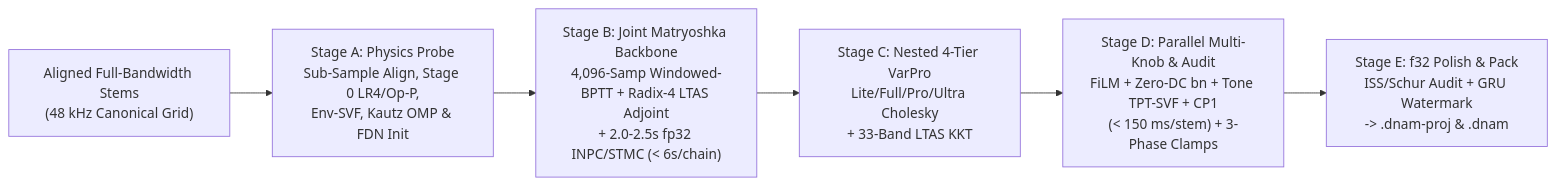
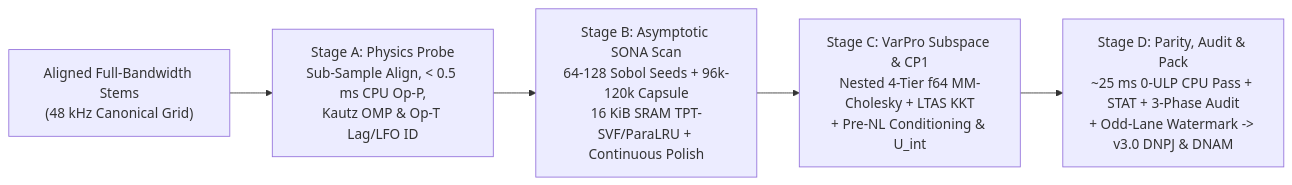
Before and after one commit to mokugen/dnam: the first of 2 diagrams in docs/specs/training/four_stage_pipeline.md, drawn with Mermaid. The commit also changed other lines of this file and 99 other files, not shown here.

Commit message:
docs(specs): cut over canonical architecture and v3.0 specs to SONA + WebGPU

````diff
--- a/docs/specs/training/four_stage_pipeline.md
+++ b/docs/specs/training/four_stage_pipeline.md
@@ -35,8 +36,7 @@
 ```mermaid
 flowchart LR
-    Stems["Aligned Full-Bandwidth Stems<br/>(48 kHz Canonical Grid)"] --> SA["Stage A: Physics Probe<br/>Sub-Sample Align, Stage 0 LR4/Op-P,<br/>Env-SVF, Kautz OMP & FDN Init"]
-    SA --> SB["Stage B: Joint Matryoshka Backbone<br/>4,096-Samp Windowed-BPTT + Radix-4 LTAS Adjoint<br/>+ 2.0-2.5s fp32 INPC/STMC (< 6s/chain)"]
-    SB --> SC["Stage C: Nested 4-Tier VarPro<br/>Lite/Full/Pro/Ultra Cholesky<br/>+ 33-Band LTAS KKT"]
-    SC --> SD["Stage D: Parallel Multi-Knob & Audit<br/>FiLM + Zero-DC bn + Tone TPT-SVF + CP1<br/>(< 150 ms/stem) + 3-Phase Clamps"]
-    SD --> SE["Stage E: f32 Polish & Pack<br/>ISS/Schur Audit + GRU Watermark<br/>-> .dnam-proj & .dnam"]
+    Stems["Aligned Full-Bandwidth Stems<br/>(48 kHz Canonical Grid)"] --> SA["Stage A: Physics Probe<br/>Sub-Sample Align, < 0.5 ms CPU Op-P,<br/>Kautz OMP & Op-T Lag/LFO ID"]
+    SA --> SB["Stage B: Asymptotic SONA Scan<br/>64-128 Sobol Seeds + 96k-120k Capsule<br/>16 KiB SRAM TPT-SVF/ParaLRU + Continuous Polish"]
+    SB --> SC["Stage C: VarPro Subspace & CP1<br/>Nested 4-Tier f64 MM-Cholesky + LTAS KKT<br/>+ Pre-NL Conditioning & U_int"]
+    SC --> SD["Stage D: Parity, Audit & Pack<br/>~25 ms 0-ULP CPU Pass + STAT + 3-Phase Audit<br/>+ Odd-Lane Watermark -> v3.0 DNPJ & DNAM"]
 ```
````
